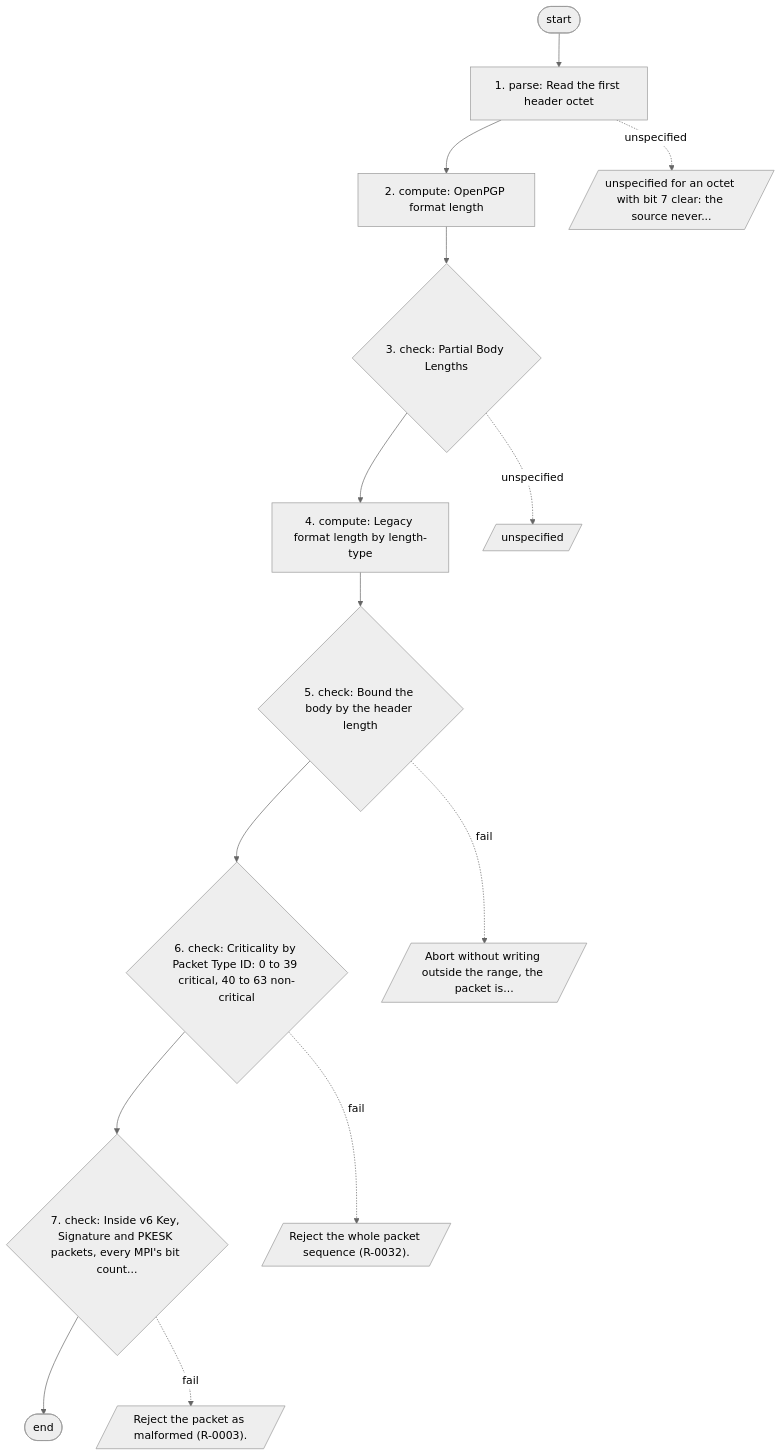
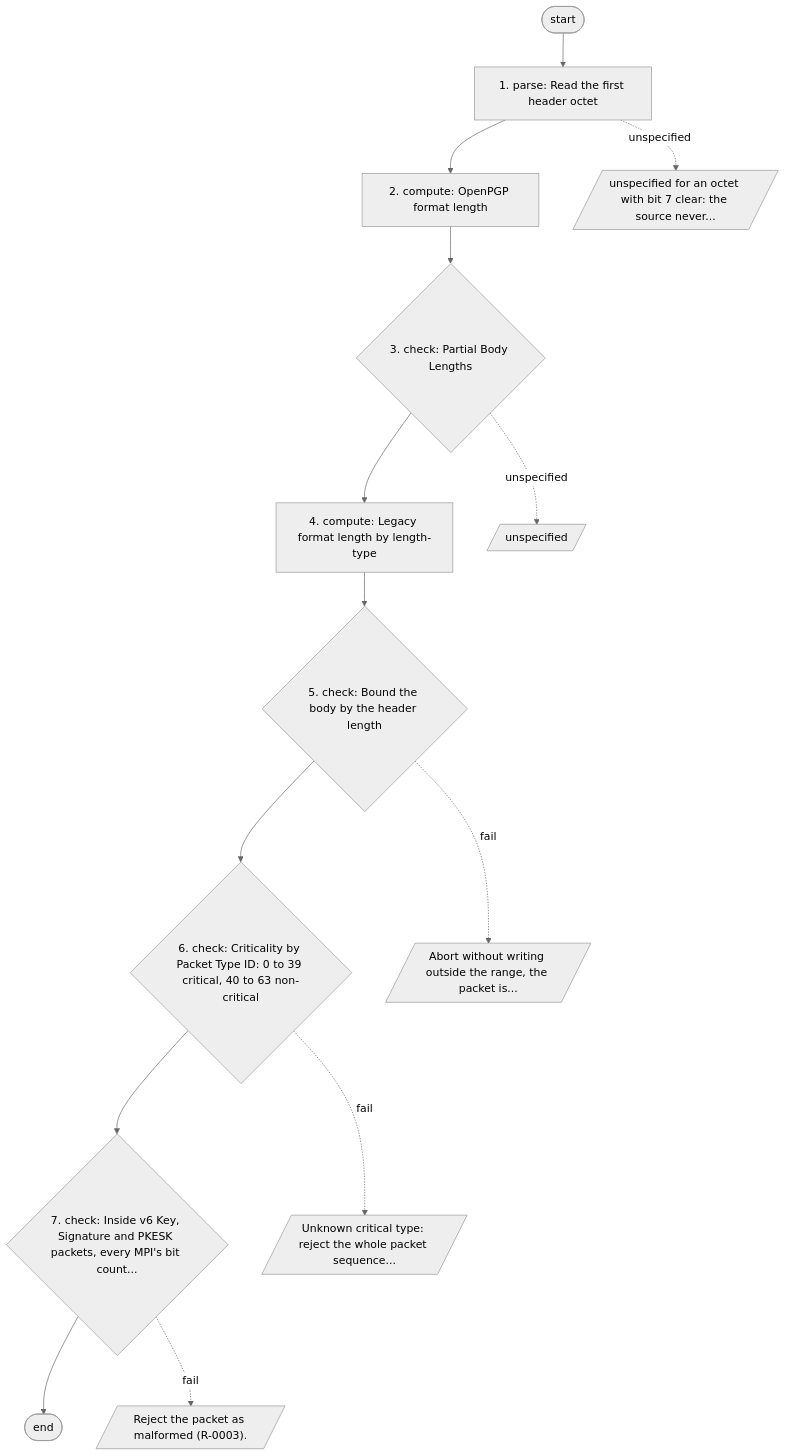
Before and after one commit to m-of-n/library: diagram 19 of 31 in records/ietf/rfc-9580/distilled/protocol.md, drawn with Mermaid (neutral theme). The commit also changed other lines of this file and 9 other files, not shown here.

````diff
--- a/records/ietf/rfc-9580/distilled/protocol.md
+++ b/records/ietf/rfc-9580/distilled/protocol.md
@@ -570,23 +570,23 @@
 ```mermaid
 flowchart TD
   S([start]) --> N1
   N1["1. parse: Read the first header octet"]
   N1 --> N2
   N1 -. unspecified .-> F1[/"unspecified for an octet with bit 7 clear: the source never..."/]
   N2["2. compute: OpenPGP format length"]
   N2 --> N3
   N3{"3. check: Partial Body Lengths"}
   N3 --> N4
   N3 -. unspecified .-> F3[/"unspecified"/]
   N4["4. compute: Legacy format length by length-type"]
   N4 --> N5
   N5{"5. check: Bound the body by the header length"}
   N5 --> N6
   N5 -. fail .-> F5[/"Abort without writing outside the range, the packet is..."/]
   N6{"6. check: Criticality by Packet Type ID: 0 to 39 critical, 40 to 63 non-critical"}
   N6 --> N7
-  N6 -. fail .-> F6[/"Reject the whole packet sequence (R-0032)."/]
+  N6 -. fail .-> F6[/"Unknown critical type: reject the whole packet sequence..."/]
   N7{"7. check: Inside v6 Key, Signature and PKESK packets, every MPI's bit count..."}
   N7 --> E([end])
   N7 -. fail .-> F7[/"Reject the packet as malformed (R-0003)."/]
 ```
````
